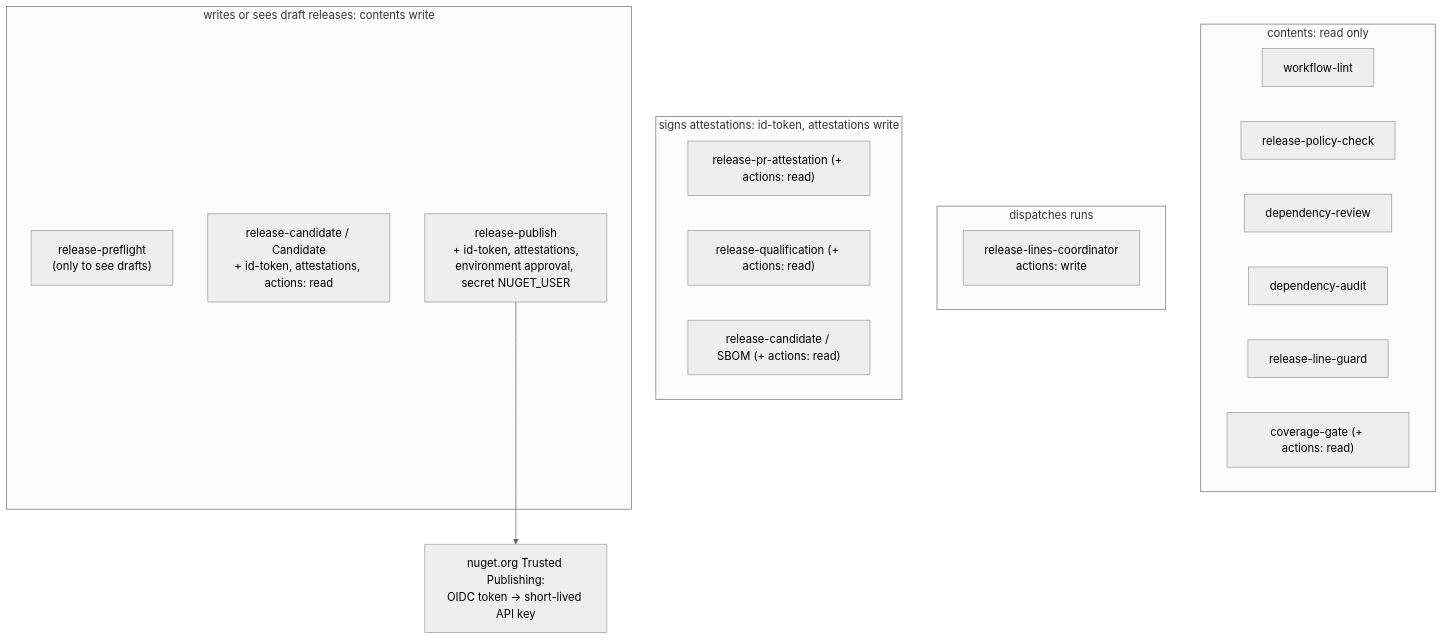
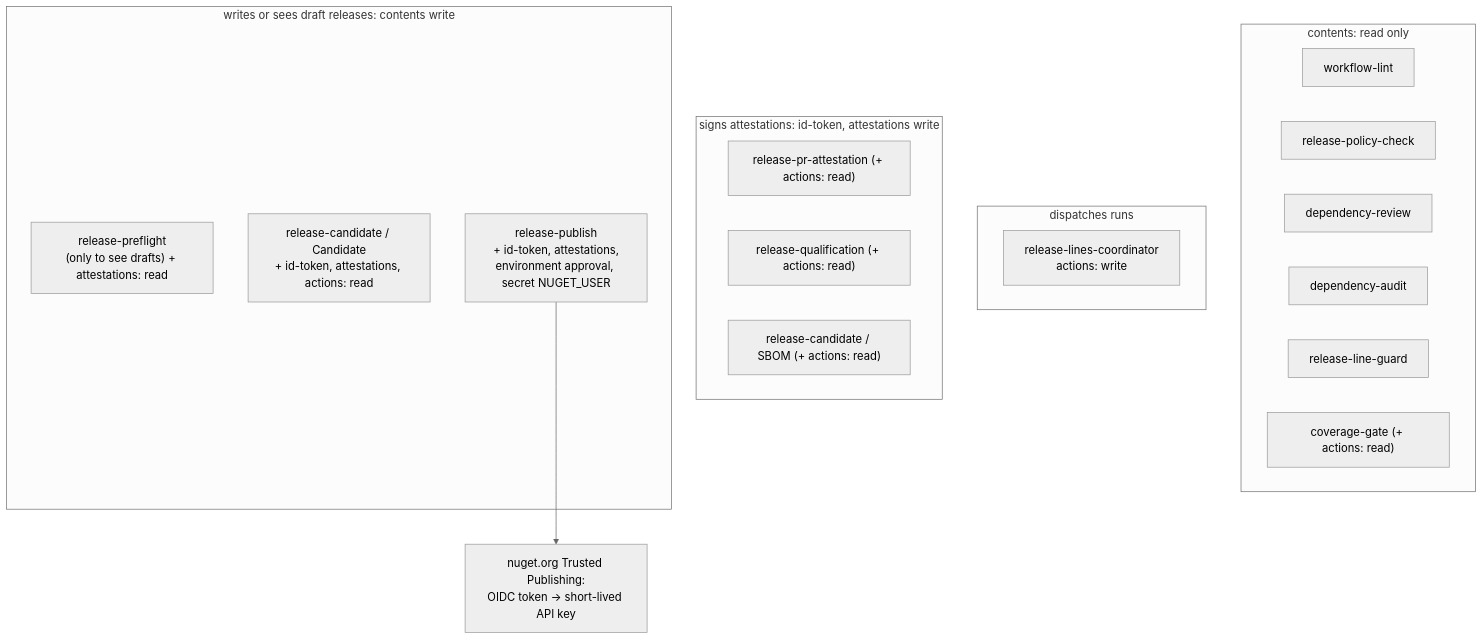
Diagram 15 of 19 in docs/overview.md (doka-labs/workflows), drawn with Mermaid (neutral theme) before and after one commit. The commit also changed other lines of this file and 8 other files, not shown here.

````diff
--- a/docs/overview.md
+++ b/docs/overview.md
@@ -365,25 +368,25 @@
 ```mermaid
 flowchart TB
   subgraph read["contents: read only"]
     r1["workflow-lint"]
     r2["release-policy-check"]
     r3["dependency-review"]
     r4["dependency-audit"]
     r5["release-line-guard"]
     r6["coverage-gate (+ actions: read)"]
   end
   subgraph dispatch["dispatches runs"]
     d1["release-lines-coordinator<br/>actions: write"]
   end
   subgraph attest["signs attestations: id-token, attestations write"]
     a1["release-pr-attestation (+ actions: read)"]
     a2["release-qualification (+ actions: read)"]
     a3["release-candidate / SBOM (+ actions: read)"]
   end
   subgraph releases["writes or sees draft releases: contents write"]
-    w1["release-preflight<br/>(only to see drafts)"]
+    w1["release-preflight<br/>(only to see drafts) + attestations: read"]
     w2["release-candidate / Candidate<br/>+ id-token, attestations, actions: read"]
     w3["release-publish<br/>+ id-token, attestations,<br/>environment approval, secret NUGET_USER"]
   end
   w3 --> nuget["nuget.org Trusted Publishing:<br/>OIDC token -> short-lived API key"]
 ```
````
